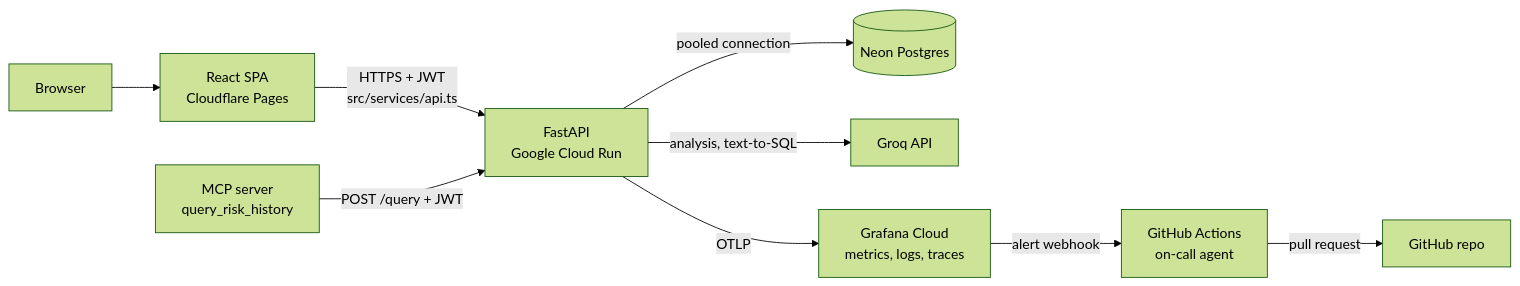
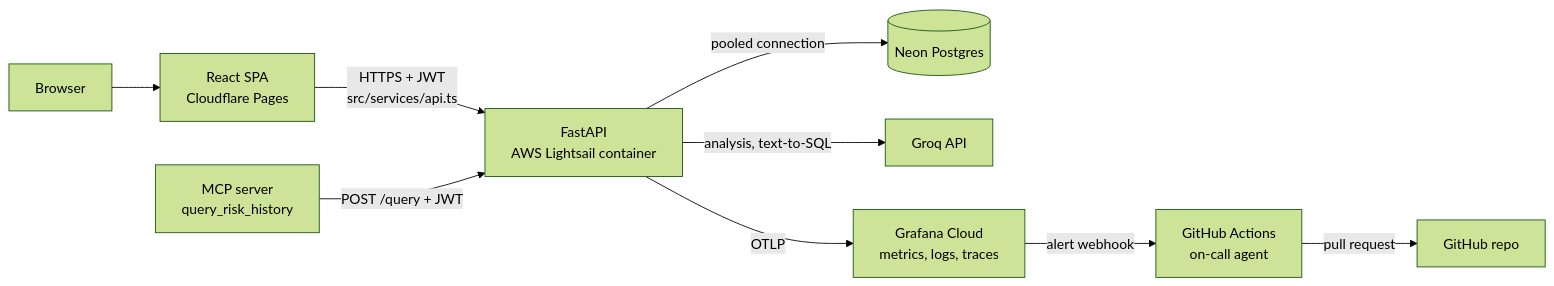
Before and after one commit to vadimvvlasov/anti-scope-creep: the first of 5 diagrams in docs/architecture.md, drawn with Mermaid (forest theme). The commit also changed other lines of this file and 3 other files, not shown here.

First line of the commit message:
docs: move backend hosting from Cloud Run to AWS Lightsail

````diff
--- a/docs/architecture.md
+++ b/docs/architecture.md
@@ -11,11 +11,11 @@
 ```mermaid
 flowchart LR
     U["Browser"] --> FE["React SPA<br/>Cloudflare Pages"]
-    FE -->|"HTTPS + JWT<br/>src/services/api.ts"| BE["FastAPI<br/>Google Cloud Run"]
+    FE -->|"HTTPS + JWT<br/>src/services/api.ts"| BE["FastAPI<br/>AWS Lightsail container"]
     BE -->|"pooled connection"| DB[("Neon Postgres")]
     BE -->|"analysis, text-to-SQL"| LLM["Groq API"]
     BE -->|"OTLP"| OBS["Grafana Cloud<br/>metrics, logs, traces"]
     MCP["MCP server<br/>query_risk_history"] -->|"POST /query + JWT"| BE
     OBS -->|"alert webhook"| GH["GitHub Actions<br/>on-call agent"]
     GH -->|"pull request"| REPO["GitHub repo"]
 ```
````
